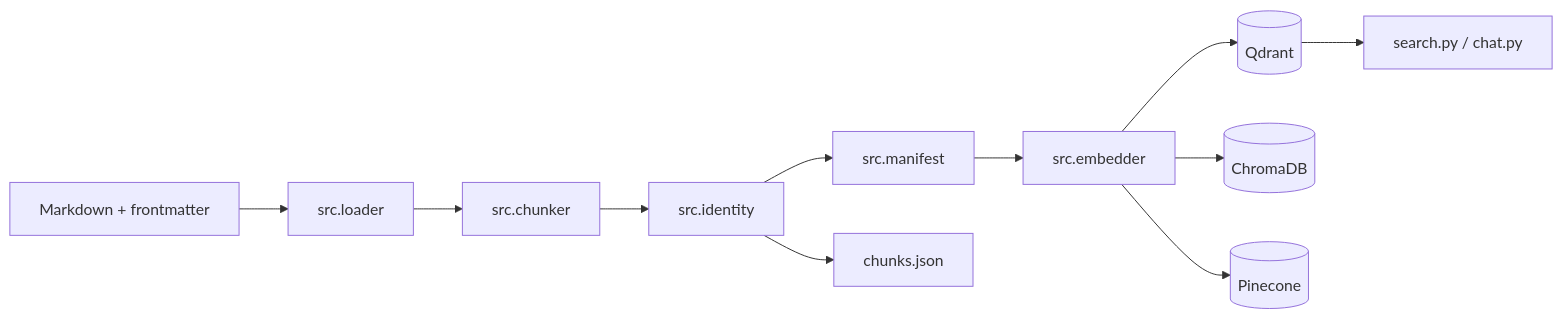
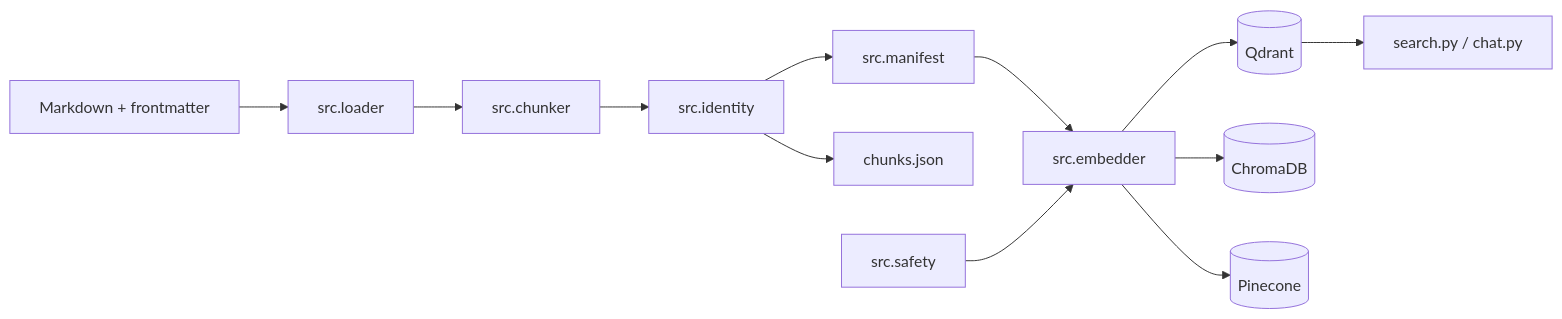
One commit to marciohernandez/rag-pipeline changed the third of 3 diagrams in docs/architecture.md. Above: the diagram before and after it, drawn with Mermaid. The commit also changed other lines of this file and 24 other files, not shown here.

````diff
--- a/docs/architecture.md
+++ b/docs/architecture.md
@@ -26,13 +26,14 @@
 ```mermaid
 flowchart LR
   Markdown[Markdown + frontmatter] --> Loader[src.loader]
   Loader --> Chunker[src.chunker]
   Chunker --> Identity[src.identity]
   Identity --> Manifest[src.manifest]
   Identity --> Exporter[chunks.json]
   Manifest --> Indexer[src.embedder]
+  Safety[src.safety] --> Indexer
   Indexer --> Qdrant[(Qdrant)]
   Indexer --> Chroma[(ChromaDB)]
   Indexer --> Pinecone[(Pinecone)]
   Qdrant --> Search[search.py / chat.py]
 ```
````
